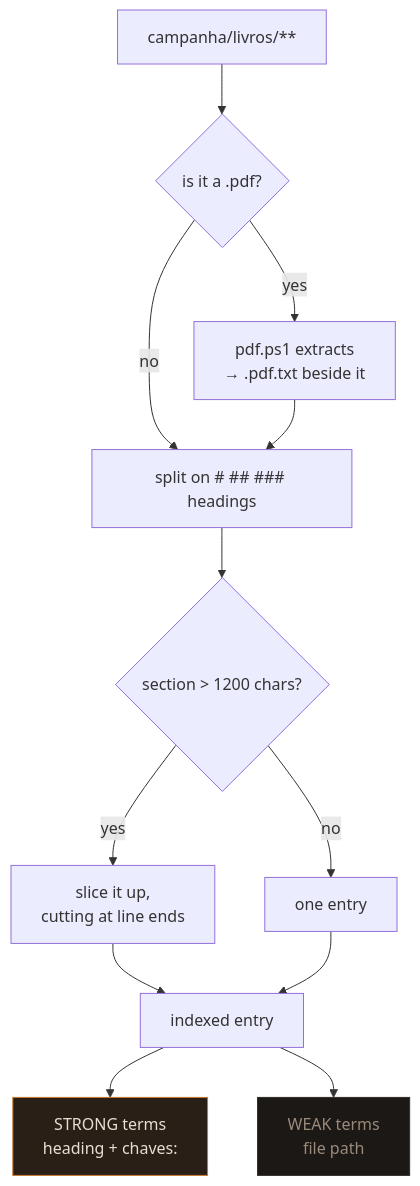
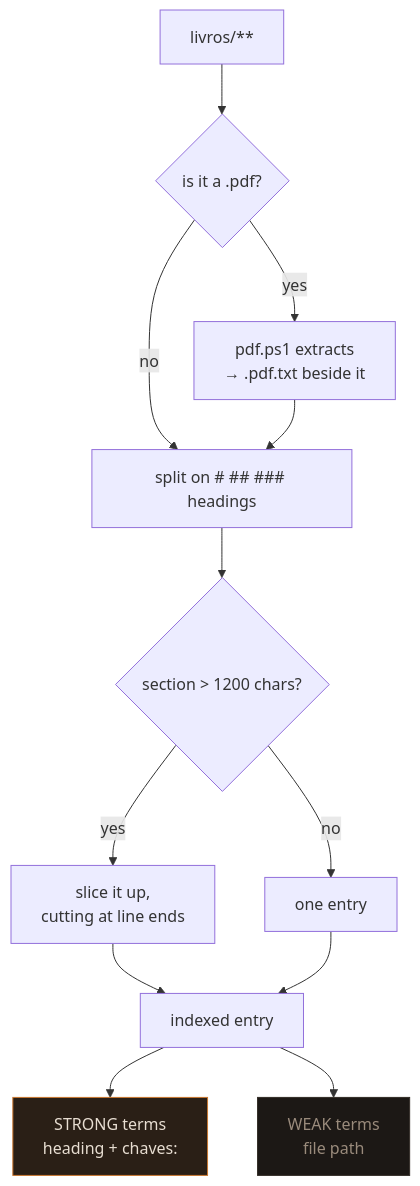
Before and after one commit to madeiragab/braseiro: the second of 2 diagrams in docs/arquitetura.en.md, drawn with Mermaid. The commit also changed other lines of this file and 15 other files, not shown here.

````diff
--- a/docs/arquitetura.en.md
+++ b/docs/arquitetura.en.md
@@ -121,17 +121,17 @@
 ```mermaid
 flowchart TD
-    A["campanha/livros/**"] --> P{"is it a .pdf?"}
+    A["livros/**"] --> P{"is it a .pdf?"}
     P -->|yes| PX["pdf.ps1 extracts<br/>→ .pdf.txt beside it"]
     P -->|no| B
     PX --> B["split on # ## ### headings"]
     B --> C{"section > 1200 chars?"}
     C -->|yes| D["slice it up,<br/>cutting at line ends"]
     C -->|no| E["one entry"]
     D --> F
     E --> F["indexed entry"]
     F --> G["STRONG terms<br/>heading + chaves:"]
     F --> H["WEAK terms<br/>file path"]
 
     style G fill:#2a1f16,stroke:#c9762f,color:#e8ded2
     style H fill:#1c1815,stroke:#332c26,color:#9a8b7c
 ```
````
